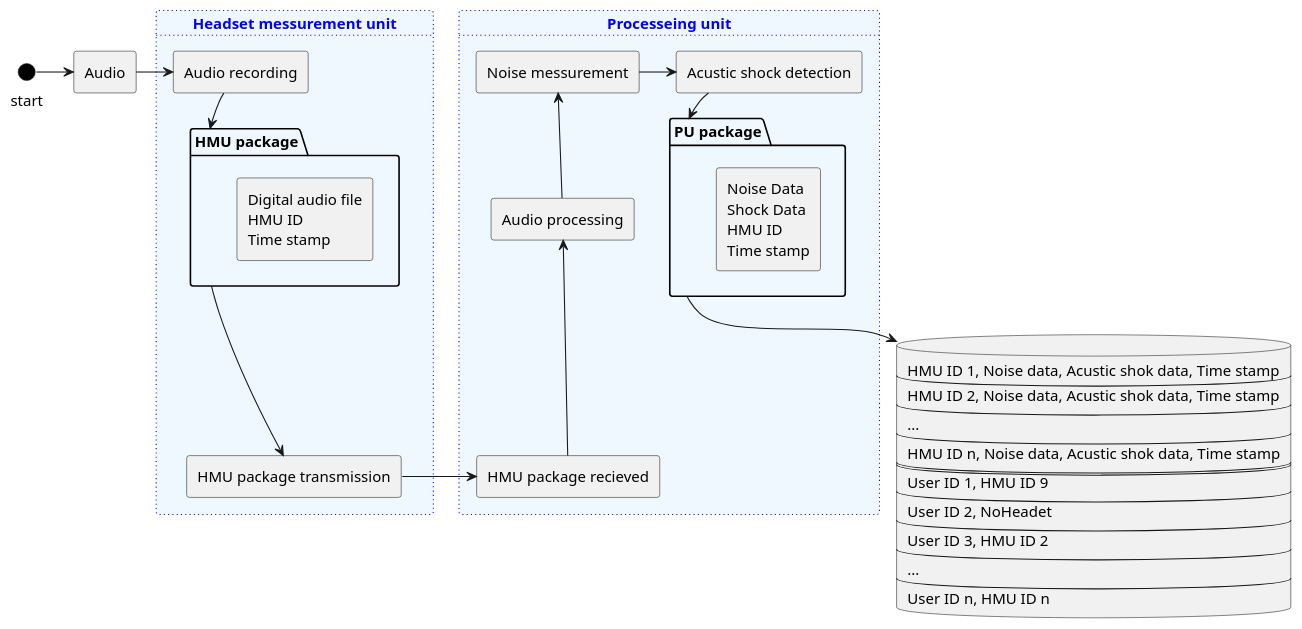
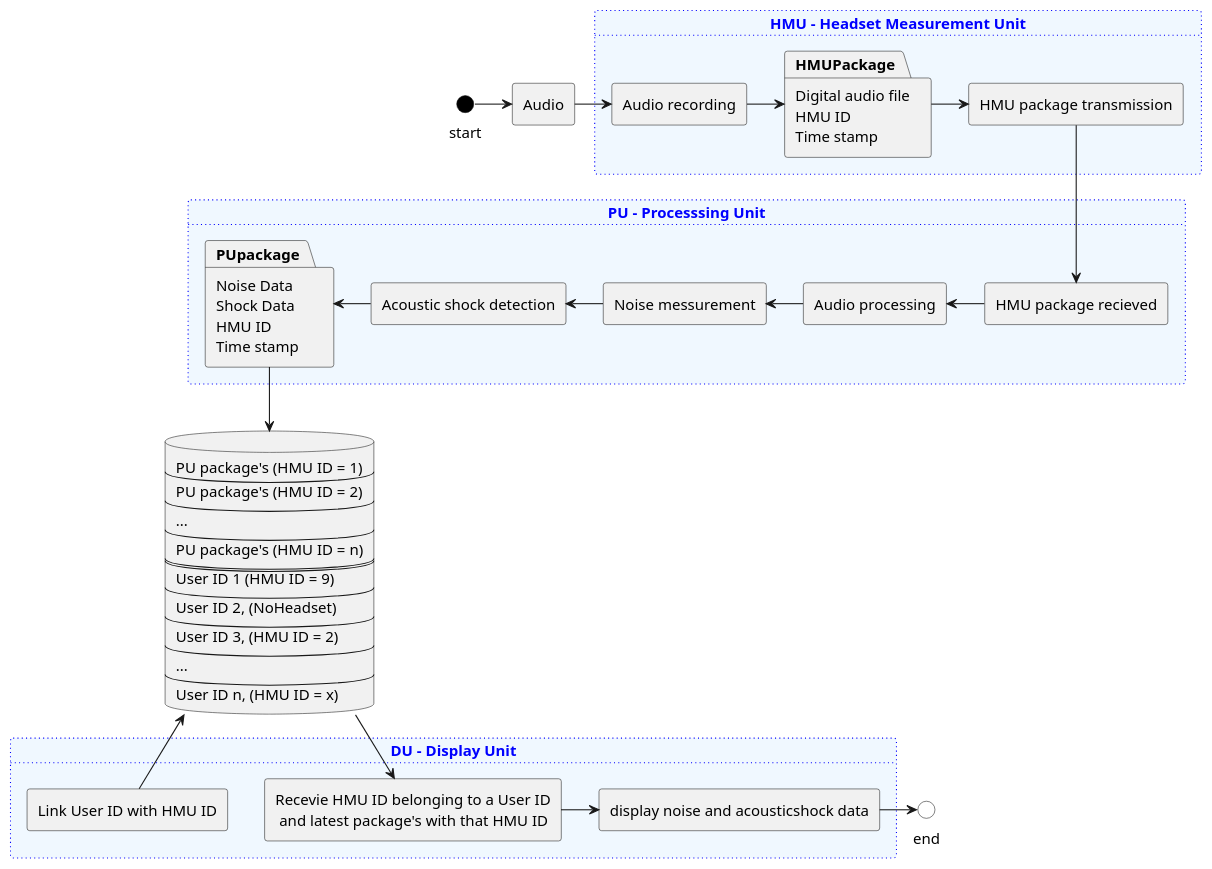
The diagram in System/DataFlowChart/DataFlowChart.puml (VilliamBo/Bachelor), drawn with PlantUML before and after one commit.

Commit message:
DataFlowChart_V1

```diff
--- a/System/DataFlowChart/DataFlowChart.puml
+++ b/System/DataFlowChart/DataFlowChart.puml
@@ -2,57 +2,67 @@
-@startuml
+@startuml dataFlowChart
+
+   
+      
+    interface start #Black
     agent au as "Audio"
-    interface start #Black
 
-    card HMU as "Headset messurement unit" #aliceblue;line:blue;line.dotted;text:blue { 
+    card HMU as "HMU - Headset Measurement Unit" #aliceblue;line:blue;line.dotted;text:blue {
         agent recau as "Audio recording"
+        package HMUPackage as "Digital audio file\nHMU ID\nTime stamp" 
         agent hmupacktrans as "HMU package transmission"
-        package hmupack as "HMU package" {
-            agent aufile as "Digital audio file\nHMU ID\nTime stamp"
-        }
     }
 
-
-    card PU as "Processeing unit" #aliceblue;line:blue;line.dotted;text:blue {
-    agent hmupackrece as "HMU package recieved"
+    card PU as "PU - Processsing Unit" #aliceblue;line:blue;line.dotted;text:blue {
+        agent hmupackrece as "HMU package recieved"
         agent auproc as "Audio processing" 
         agent noisemes as "Noise messurement"
-        agent acshokdet as "Acustic shock detection"
-        package pupack as "PU package" {
-            agent noisedata as "Noise Data\nShock Data\nHMU ID\nTime stamp"
-        }
+        agent acshokdet as "Acoustic shock detection"
+        package PUpackage as "Noise Data\nShock Data\nHMU ID\nTime stamp"
     }
 
-    database DB1 as "
-    HMU ID 1, Noise data, Acustic shok data, Time stamp
-    ----
-    HMU ID 2, Noise data, Acustic shok data, Time stamp
-    ----
-    ...
-    ----
-    HMU ID n, Noise data, Acustic shok data, Time stamp
-    ====
-    User ID 1, HMU ID 9
-    ----
-    User ID 2, NoHeadet
-    ----
-    User ID 3, HMU ID 2
-    ---
-    ...
-    ---
-    User ID n, HMU ID n
-    "  
-    
+    database DB as "
+        PU package's (HMU ID = 1)
+        ----
+        PU package's (HMU ID = 2)
+        ----
+        ...
+        ----
+        PU package's (HMU ID = n)
+        ====
+        User ID 1 (HMU ID = 9)
+        ----
+        User ID 2, (NoHeadset)
+        ----
+        User ID 3, (HMU ID = 2)
+        ---
+        ...
+        ---
+        User ID n, (HMU ID = x)
+        " 
+    card DU as "DU - Display Unit" #aliceblue;line:blue;line.dotted;text:blue {
+        agent recPUpack as "Recevie HMU ID belonging to a User ID\n and latest package's with that HMU ID"
+        agent displayData as "display noise and acousticshock data"
+            agent enableUser as "Link User ID with HMU ID"
+
+    }
+    interface end #white
 
     start -> au
     au -> recau
-    recau --> hmupack
-    hmupack --> hmupacktrans
+    recau -> HMUPackage
+    HMUPackage -> hmupacktrans
+    hmupacktrans --> hmupackrece
+    auproc <- hmupackrece
+    noisemes <- auproc
+    acshokdet <- noisemes  
+    PUpackage <- acshokdet
+    PUpackage --> DB 
+    DB -> recPUpack
+    DB <-- enableUser
+    recPUpack -> displayData
+    displayData -> end
+
+
+
     
-    hmupacktrans -> hmupackrece
-    auproc <-- hmupackrece
-    noisemes <-- auproc
-    noisemes -> acshokdet
-    acshokdet --> pupack
-    pupack --> DB1
-
 @enduml
```
